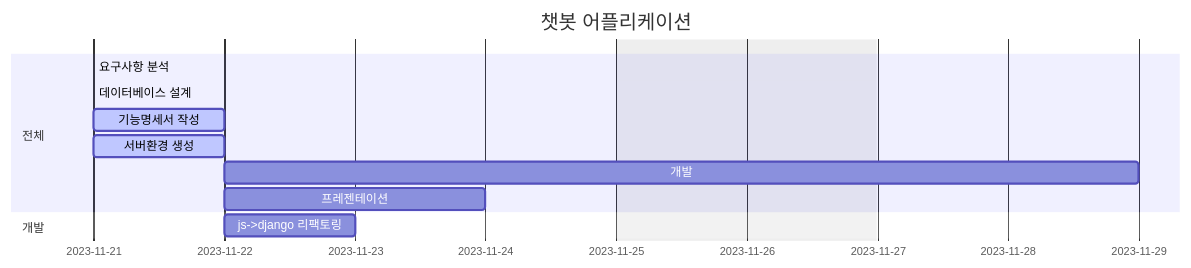
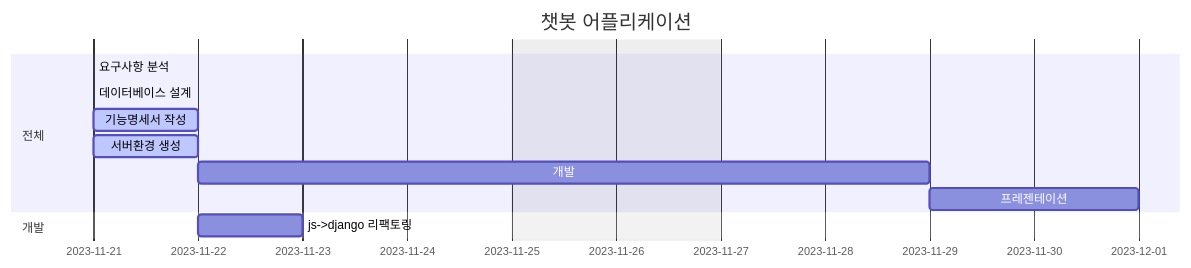
One commit to jmp7911/mid2_django_drf changed the first of 2 diagrams in readme.md. Above: the diagram before and after it, drawn with Mermaid.

````diff
--- a/readme.md
+++ b/readme.md
@@ -47,20 +47,21 @@
 ```mermaid
 gantt
     dateFormat  YYYY-MM-DD
     title       챗봇 어플리케이션
     excludes    weekends
     %% (`excludes` accepts specific dates in YYYY-MM-DD format, days of the week ("sunday") or "weekends", but not the word "weekdays".)
 
     section  전체
     요구사항 분석            :done,    des1, 2023-11-21, 0d
     데이터베이스 설계         :done,  des2, 2023-11-21, 0d
     기능명세서 작성         :active,  des2, 2023-11-21, 1d
     서버환경 생성         :active,  des3, 2023-11-21, 1d
     개발                   : des4, after des2, 5d
-    프레젠테이션             :des5, after des3, 2d
+    프레젠테이션             :des5, after des4, 2d
 
     section  개발
     js->django 리팩토링           :    dev1, after des3, 1d
+
     
     
 ```
````
